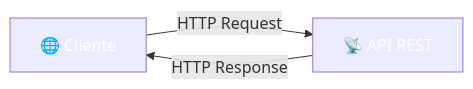
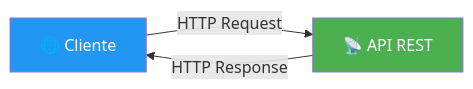
Before and after one commit to joseluisgs/DesarrolloWebEntornosServidor-02-2026-2027: the first of 4 diagrams in 02-rest-api.md, drawn with Mermaid. The commit also changed other lines of this file and 29 other files, not shown here.

Commit message:
docs: corregir estilos Mermaid y estilo, quitar referencias a la Tienda y reestructurar los retos 13 y 15

````diff
--- a/02-rest-api.md
+++ b/02-rest-api.md
@@ -55,7 +55,7 @@
 ```mermaid
 flowchart LR
     A["🌐 Cliente"] -->|HTTP Request| B["📡 API REST"]
     B -->|HTTP Response| A
-    style A fill:#2196F,color:#fff3,color:#fff
-    style B fill:#4CAF5,color:#fff0,color:#fff
+    style A fill:#2196F3,color:#fff
+    style B fill:#4CAF50,color:#fff
 ```
````
